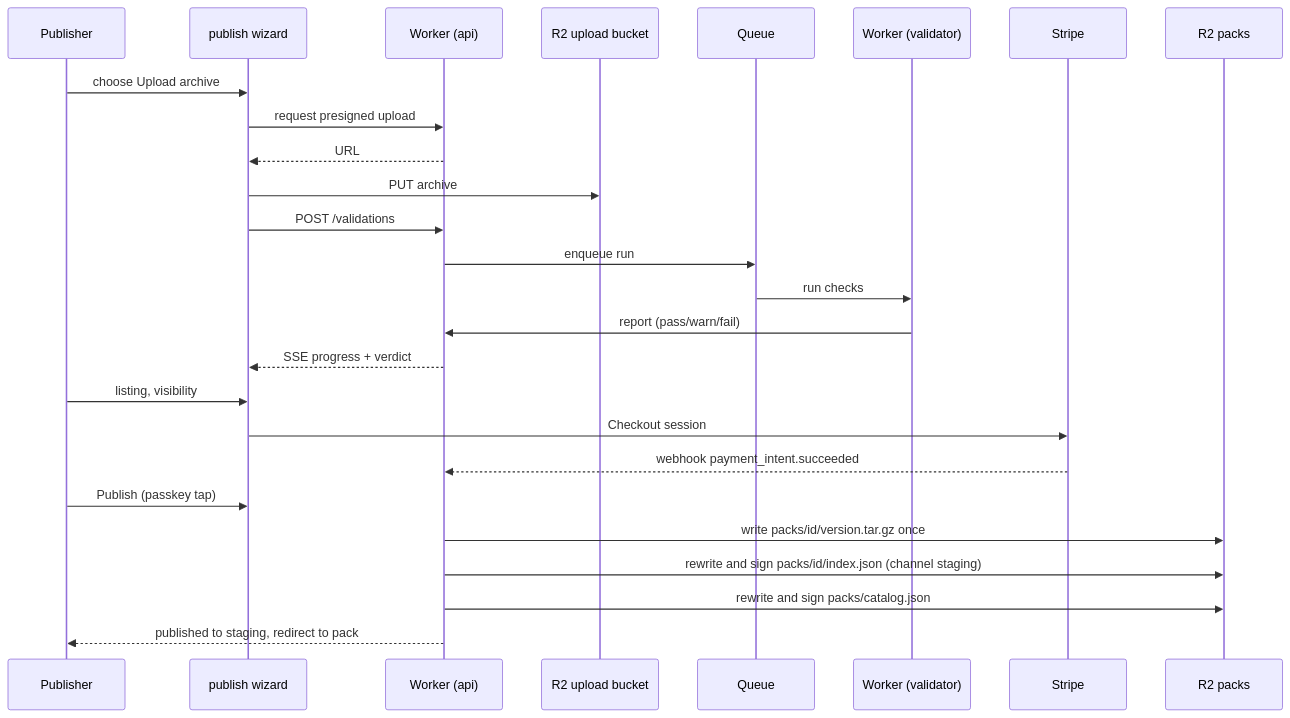
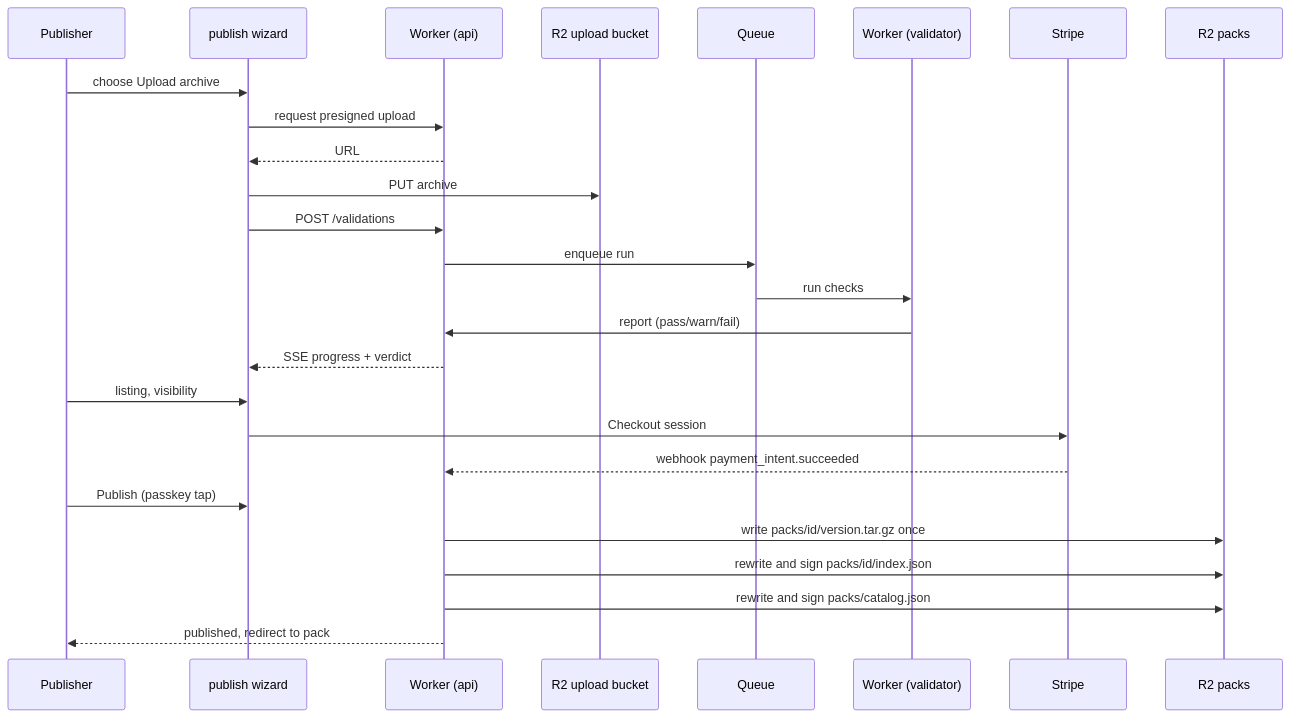
The fifth of 13 diagrams in docs/ui/flows.md (Claudinite/PackServer), drawn with Mermaid before and after one commit. The commit also changed other lines of this file and 6 other files, not shown here.

````diff
--- a/docs/ui/flows.md
+++ b/docs/ui/flows.md
@@ -187,28 +187,28 @@
 ```mermaid
 sequenceDiagram
   participant Pu as Publisher
   participant Wz as publish wizard
   participant W as Worker (api)
   participant R2s as R2 upload bucket
   participant Q as Queue
   participant V as Worker (validator)
   participant St as Stripe
   participant R2 as R2 packs
   Pu->>Wz: choose Upload archive
   Wz->>W: request presigned upload
   W-->>Wz: URL
   Wz->>R2s: PUT archive
   Wz->>W: POST /validations
   W->>Q: enqueue run
   Q->>V: run checks
   V->>W: report (pass/warn/fail)
   W-->>Wz: SSE progress + verdict
   Pu->>Wz: listing, visibility
   Wz->>St: Checkout session
   St-->>W: webhook payment_intent.succeeded
   Pu->>Wz: Publish (passkey tap)
   W->>R2: write packs/id/version.tar.gz once
-  W->>R2: rewrite and sign packs/id/index.json (channel staging)
+  W->>R2: rewrite and sign packs/id/index.json
   W->>R2: rewrite and sign packs/catalog.json
-  W-->>Pu: published to staging, redirect to pack
+  W-->>Pu: published, redirect to pack
 ```
````
